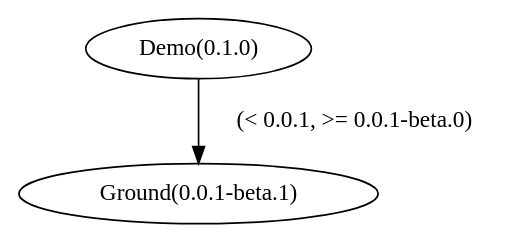
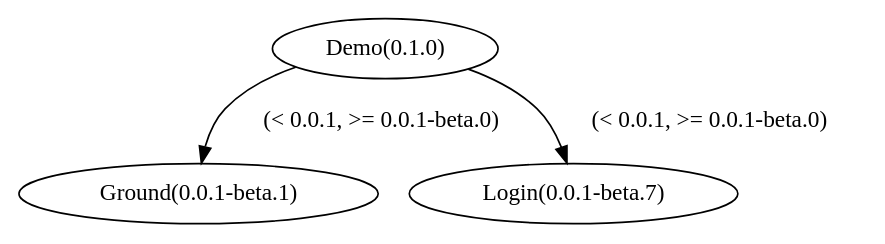
Before and after one commit to axe-org/demo-app: the diagram in axe/dependency.dot, drawn with Graphviz. The commit also changed 3 other files, not shown here.

```diff
--- a/axe/dependency.dot
+++ b/axe/dependency.dot
@@ -1,3 +1,4 @@
 digraph G {
   "Demo(0.1.0)" -> "Ground(0.0.1-beta.1)" [ label = "(< 0.0.1, >= 0.0.1-beta.0)" ];
+  "Demo(0.1.0)" -> "Login(0.0.1-beta.7)" [ label = "(< 0.0.1, >= 0.0.1-beta.0)" ];
 }
```
